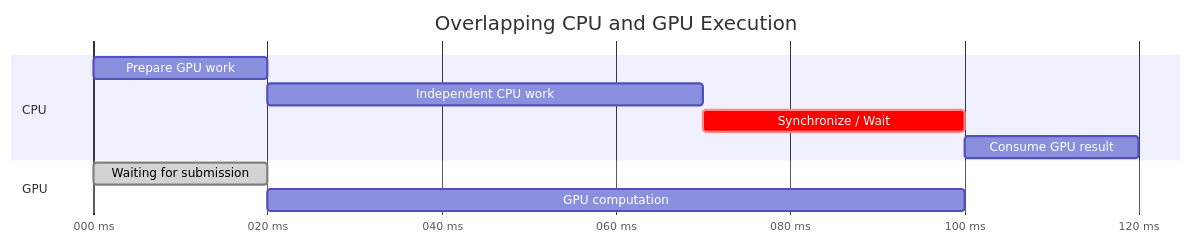
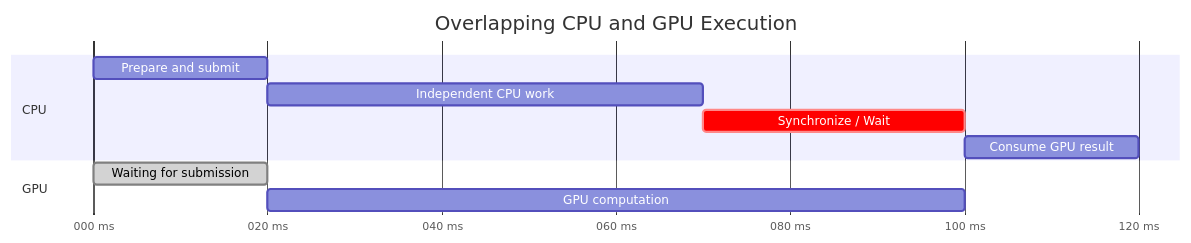
Before and after one commit to Matheus-de-Mello-Vieira/backend-knowledge: the second of 2 diagrams in Operating Systems/GPU.md, drawn with Mermaid. The commit also changed other lines of this file, not shown here.

Commit message:
GPU notes

````diff
--- a/Operating Systems/GPU.md
+++ b/Operating Systems/GPU.md
@@ -314,17 +359,17 @@
 ```mermaid
 gantt
     title Overlapping CPU and GPU Execution
     dateFormat x
     axisFormat %L ms
     tickInterval 20millisecond
 
     section CPU
-    Prepare GPU work       :cpu_prepare, 0, 20ms
+    Prepare and submit     :cpu_prepare, 0, 20ms
     Independent CPU work   :cpu_work, 20, 50ms
     Synchronize / Wait     :crit, cpu_wait, 70, 30ms
     Consume GPU result     :cpu_result, 100, 20ms
 
     section GPU
     Waiting for submission :done, gpu_idle, 0, 20ms
     GPU computation        :gpu_work, 20, 80ms
 ```
````
